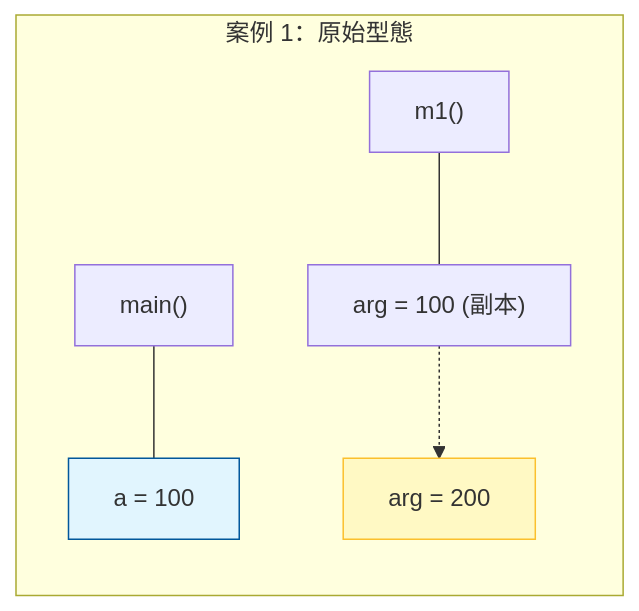
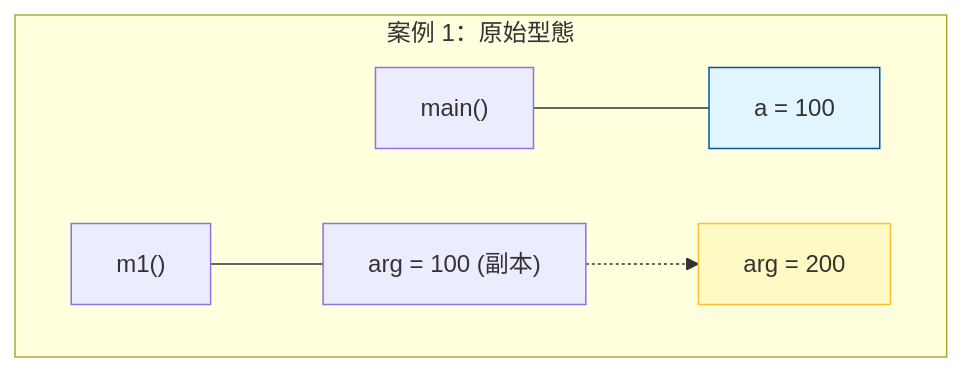
The first of 5 diagrams in Part1-OOP/ch01_obp.md (nlhsueh/teach_sw_fw), drawn with Mermaid before and after one commit. The commit also changed other lines of this file, not shown here.

Commit message:
Refine Mermaid diagrams (Pass by Value cases) and remove slide links in ch01_obp.md

````diff
--- a/Part1-OOP/ch01_obp.md
+++ b/Part1-OOP/ch01_obp.md
@@ -611,11 +607,11 @@
 ```mermaid
 graph TD
     subgraph "案例 1：原始型態"
-        direction TB
+        direction LR
         main1["main()"] --- a["a = 100"]
         m1["m1()"] --- arg["arg = 100 (副本)"]
         arg -.-> arg_new["arg = 200"]
         style a fill:#e1f5fe,stroke:#01579b
         style arg_new fill:#fff9c4,stroke:#fbc02d
     end
 ```
````
